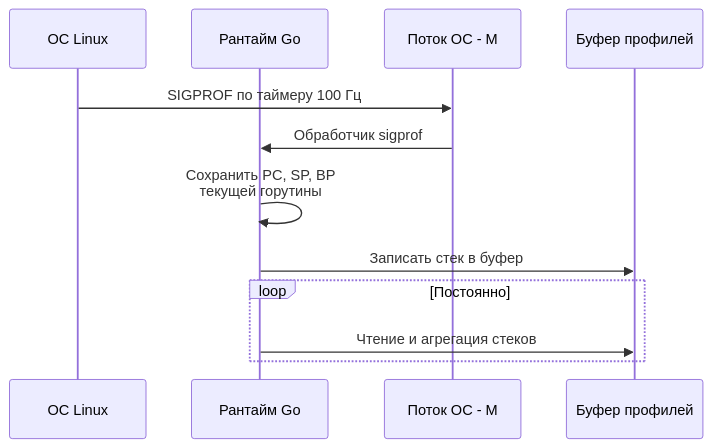
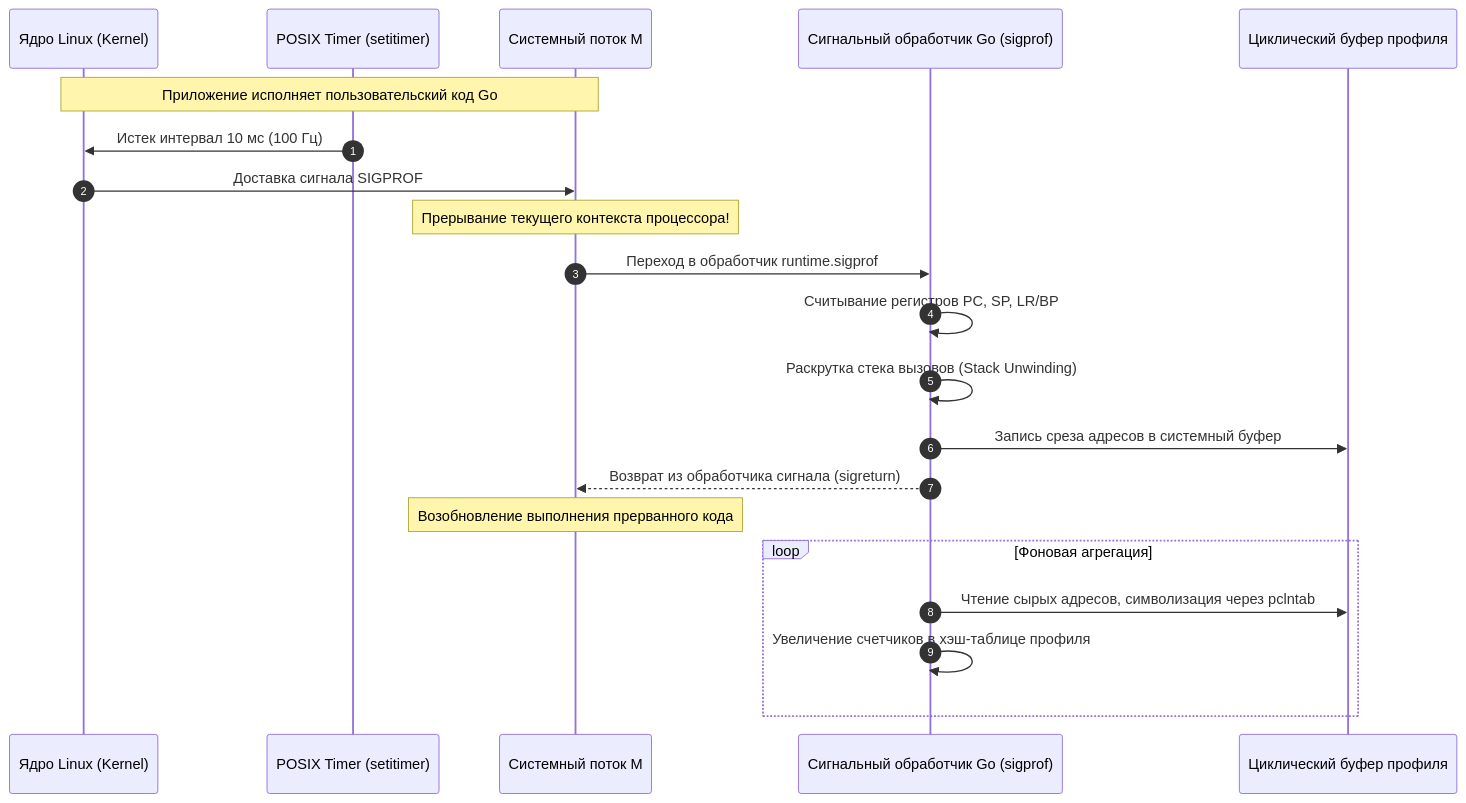
One commit to UnrealTemplier/go-textbook changed the second of 5 diagrams in sources/16. Профилирование, отладка и производительность/03. CPU profiling/1. pprof. Введение.md. Above: the diagram before and after it, drawn with Mermaid. The commit also changed other lines of this file, not shown here.

````diff
--- a/sources/16. Профилирование, отладка и производительность/03. CPU profiling/1. pprof. Введение.md
+++ b/sources/16. Профилирование, отладка и производительность/03. CPU profiling/1. pprof. Введение.md
@@ -55,14 +102,25 @@
 ```mermaid
 sequenceDiagram
-    participant OS as ОС Linux
-    participant RT as Рантайм Go
-    participant M as Поток ОС - M
-    participant Buf as Буфер профилей
-    OS->>M: SIGPROF по таймеру 100 Гц
-    M->>RT: Обработчик sigprof
-    RT->>RT: Сохранить PC, SP, BP<br>текущей горутины
-    RT->>Buf: Записать стек в буфер
-    loop Постоянно
-        RT->>Buf: Чтение и агрегация стеков
+    autonumber
+    participant OS as Ядро Linux (Kernel)
+    participant Timer as POSIX Timer (setitimer)
+    participant M as Системный поток M
+    participant RT as Сигнальный обработчик Go (sigprof)
+    participant Buf as Циклический буфер профиля
+
+    Note over OS,M: Приложение исполняет пользовательский код Go
+    Timer->>OS: Истек интервал 10 мс (100 Гц)
+    OS->>M: Доставка сигнала SIGPROF
+    Note over M: Прерывание текущего контекста процессора!
+    M->>RT: Переход в обработчик runtime.sigprof
+    RT->>RT: Считывание регистров PC, SP, LR/BP
+    RT->>RT: Раскрутка стека вызовов (Stack Unwinding)
+    RT->>Buf: Запись среза адресов в системный буфер
+    RT-->>M: Возврат из обработчика сигнала (sigreturn)
+    Note over M: Возобновление выполнения прерванного кода
+    
+    loop Фоновая агрегация
+        RT->>Buf: Чтение сырых адресов, символизация через pclntab
+        RT->>RT: Увеличение счетчиков в хэш-таблице профиля
     end
 ```
````
